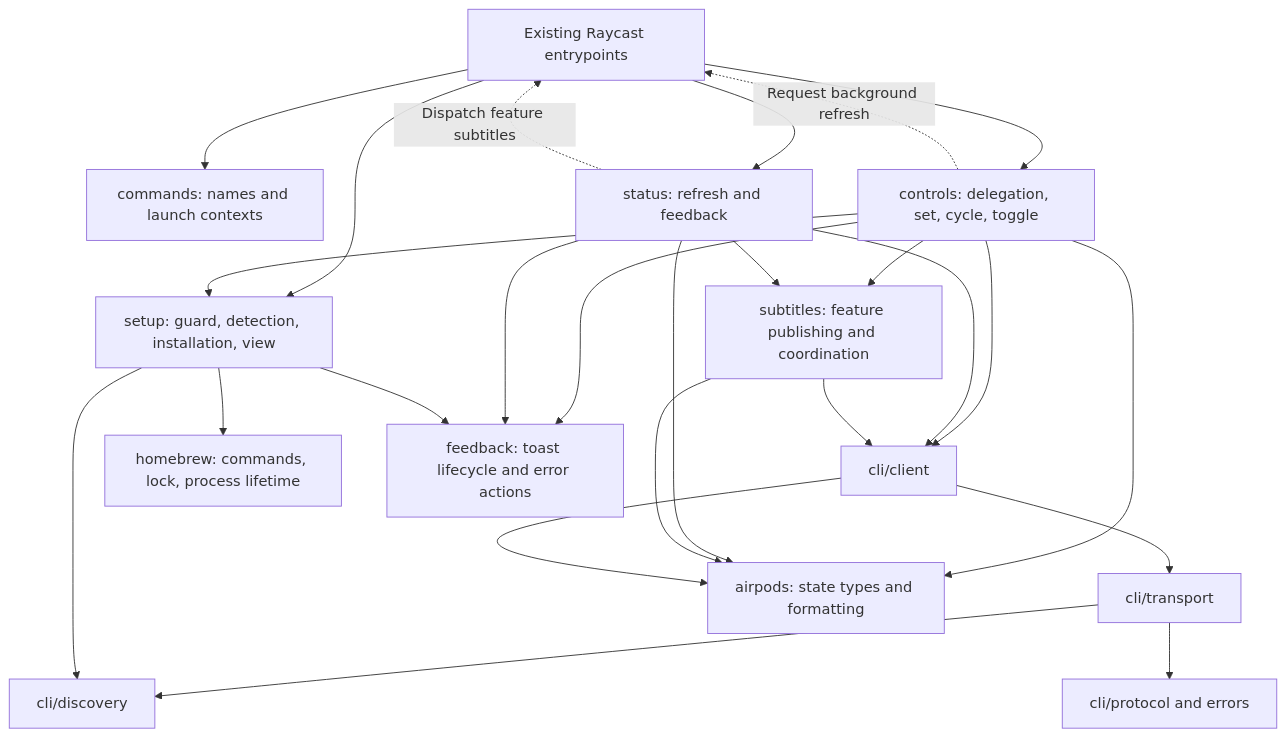
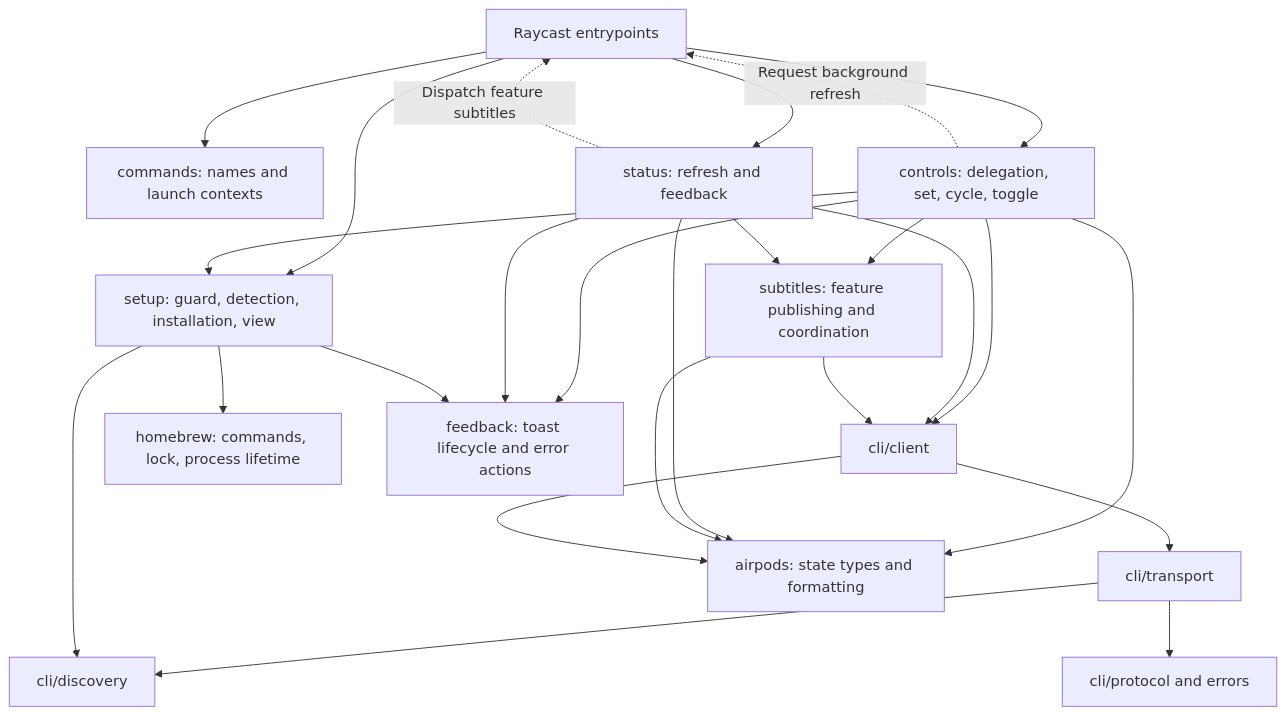
The diagram in ARCHITECTURE.md (raulgg/raycast-extension-airpods-control), drawn with Mermaid before and after one commit. The commit also changed other lines of this file and 4 other files, not shown here.

````diff
--- a/ARCHITECTURE.md
+++ b/ARCHITECTURE.md
@@ -63,27 +29,27 @@
 ```mermaid
 flowchart TD
-  Entry[Existing Raycast entrypoints] --> Contracts[commands: names and launch contexts]
+  Entry[Raycast entrypoints] --> Contracts[commands: names and launch contexts]
   Entry --> Controls[controls: delegation, set, cycle, toggle]
   Entry --> Status[status: refresh and feedback]
   Entry --> Setup[setup: guard, detection, installation, view]
   Controls --> Setup
   Controls --> Subtitles[subtitles: feature publishing and coordination]
   Status --> Subtitles
   Controls --> Client[cli/client]
   Status --> Client
   Subtitles --> Client
   Controls -. Request background refresh .-> Entry
   Status -. Dispatch feature subtitles .-> Entry
   Client --> Transport[cli/transport]
   Transport --> Discovery[cli/discovery]
   Transport --> Protocol[cli/protocol and errors]
   Setup --> Discovery
   Setup --> Brew[homebrew: commands, lock, process lifetime]
   Controls --> Feedback[feedback: toast lifecycle and error actions]
   Status --> Feedback
   Setup --> Feedback
   Controls --> Domain[airpods: state types and formatting]
   Status --> Domain
   Subtitles --> Domain
   Client --> Domain
 ```
````
